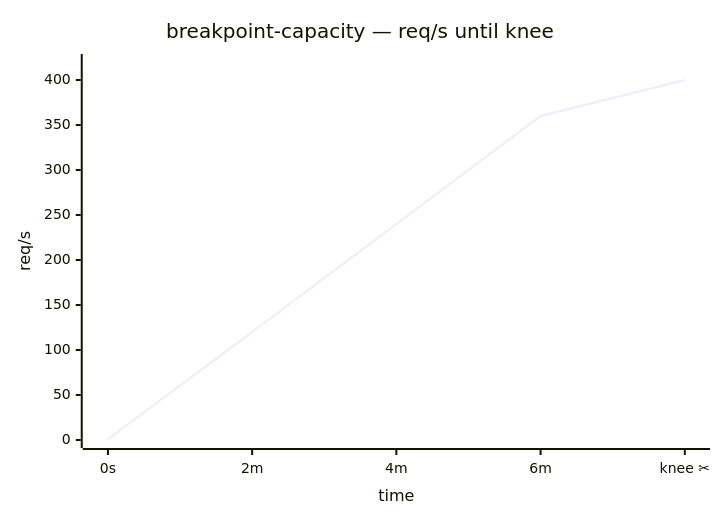
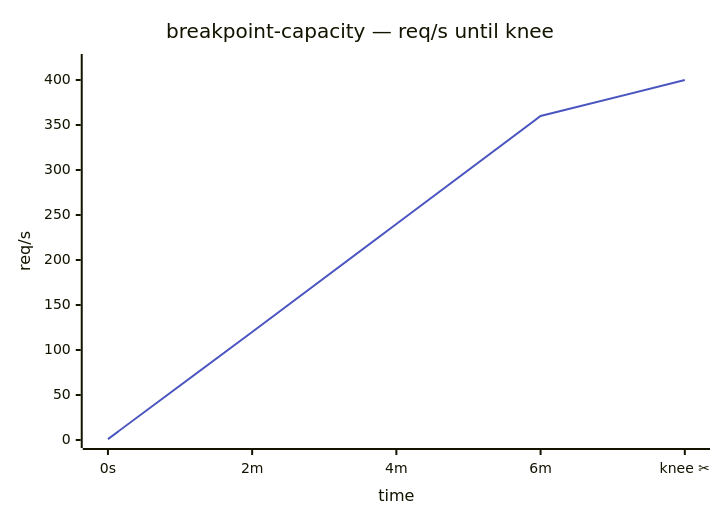
One commit to nubenetes/jenkins-2026 changed diagram 13 of 14 in docs/302-K6_LOAD_TESTING.md. Above: the diagram before and after it, drawn with Mermaid. The commit also changed other lines of this file and 14 other files, not shown here.

First line of the commit message:
docs(diagrams): repo-wide mermaid audit — fix 14 rendering defects + flagship improvements

````diff
--- a/docs/302-K6_LOAD_TESTING.md
+++ b/docs/302-K6_LOAD_TESTING.md
@@ -375,7 +399,13 @@
 ```mermaid
+---
+config:
+  themeVariables:
+    xyChart:
+      plotColorPalette: "#4a55c0"
+---
 xychart-beta
     title "breakpoint-capacity — req/s until knee"
     x-axis "time" [0s, "2m", "4m", "6m", "knee ✂"]
     y-axis "req/s" 0 --> 420
     line [1, 120, 240, 360, 400]
 ```
````
